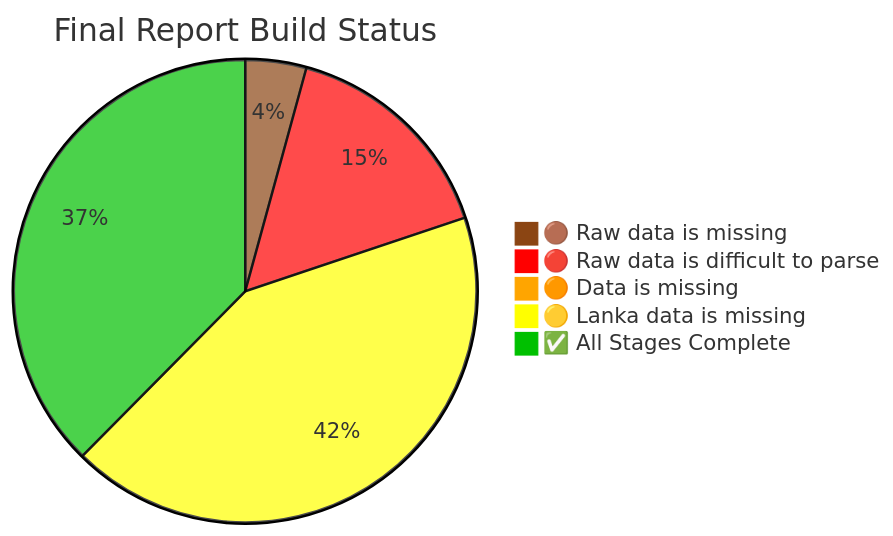
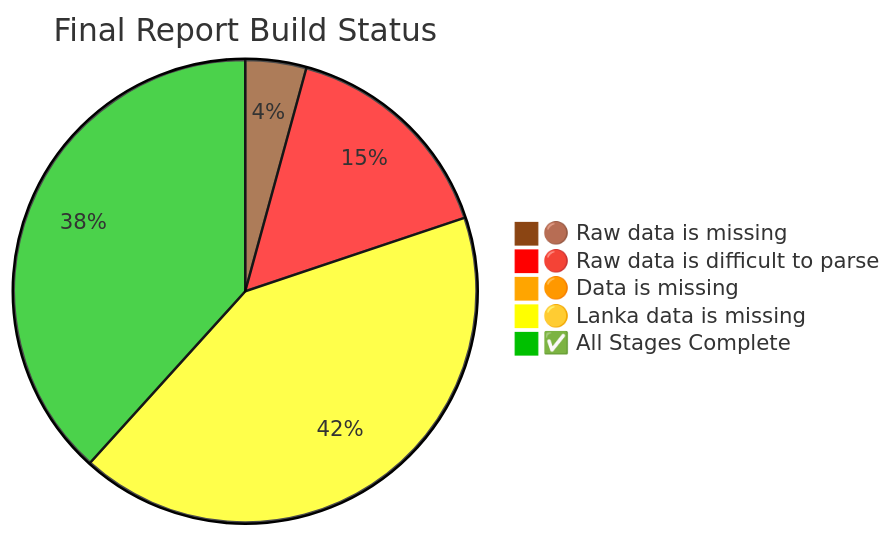
One commit to nuuuwan/lk_census_2024 changed the diagram in README.md. Above: the diagram before and after it, drawn with Mermaid. The commit also changed other lines of this file and 5 other files, not shown here.

````diff
--- a/README.md
+++ b/README.md
@@ -220,9 +220,9 @@
 ```mermaid
 %%{init: {"theme": "base", "themeVariables": {"pie1": "#8B4513", "pie2": "#FF0000", "pie3": "#FFA500", "pie4": "#FFFF00", "pie5": "#00c000"}}}%%
 pie title Final Report Build Status
 "🟤 Raw data is missing" : 6
     "🔴 Raw data is difficult to parse" : 22
     "🟠 Data is missing" : 1
-    "🟡 Lanka data is missing" : 60
-    "✅ All Stages Complete" : 53
+    "🟡 Lanka data is missing" : 59
+    "✅ All Stages Complete" : 54
 ```
````
